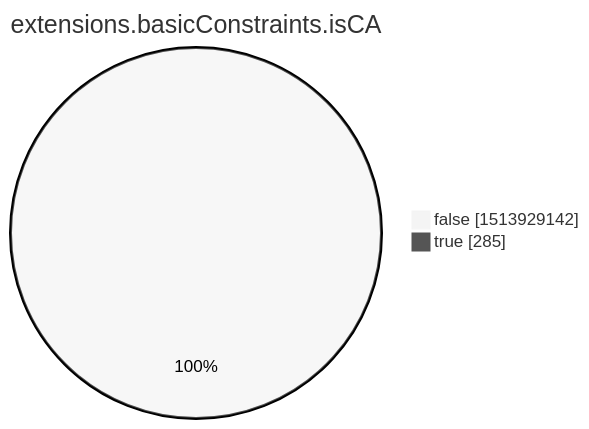
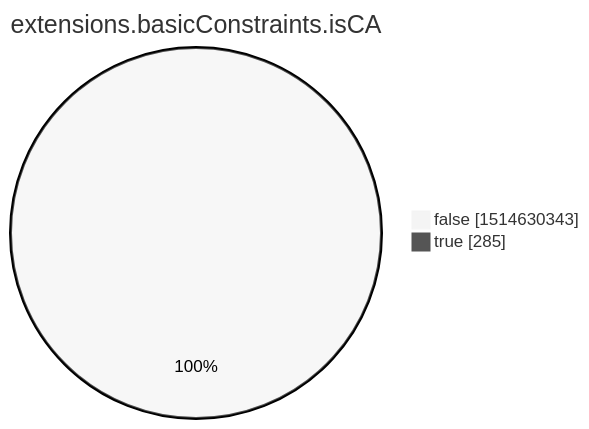
One commit to christiankrug/ctmonitor_visualization changed the eighth of 15 diagrams in xenon2022/README.md. Above: the diagram before and after it, drawn with Mermaid (neutral theme). The commit also changed other lines of this file, not shown here.

````diff
--- a/xenon2022/README.md
+++ b/xenon2022/README.md
@@ -2854,6 +2854,6 @@
 ```mermaid
 pie showData
 title extensions.basicConstraints.isCA
-"false" :1513929142
+"false" :1514630343
 "true" :285
 ```
````
